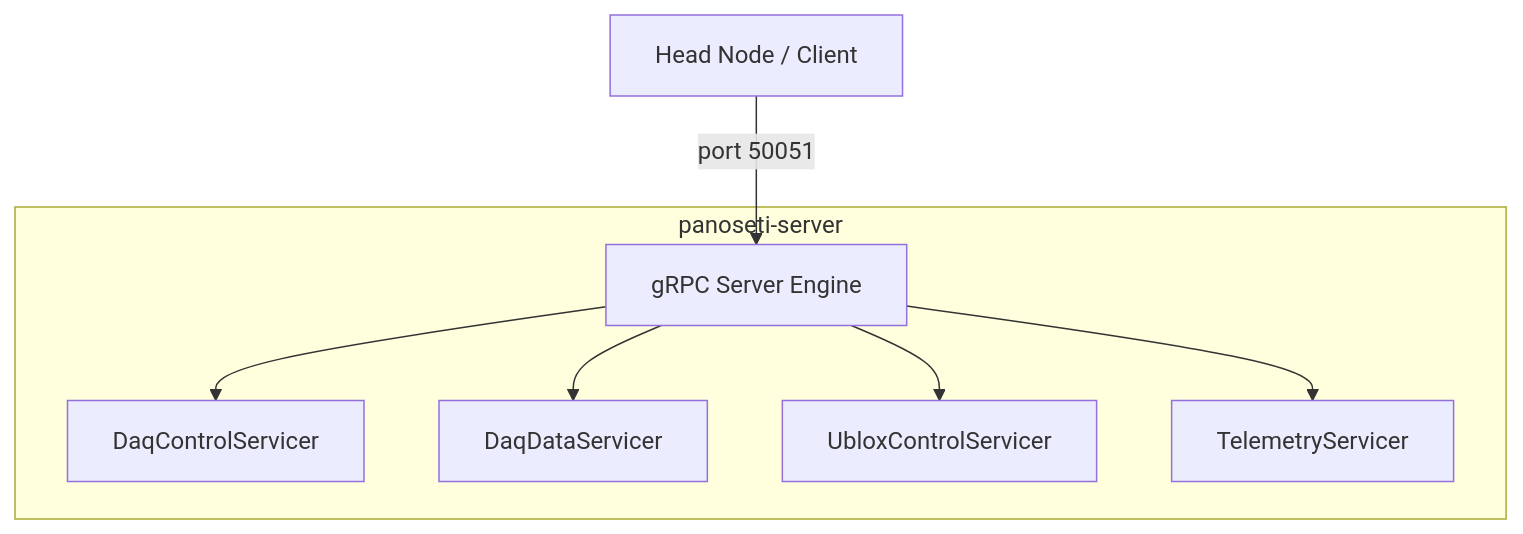
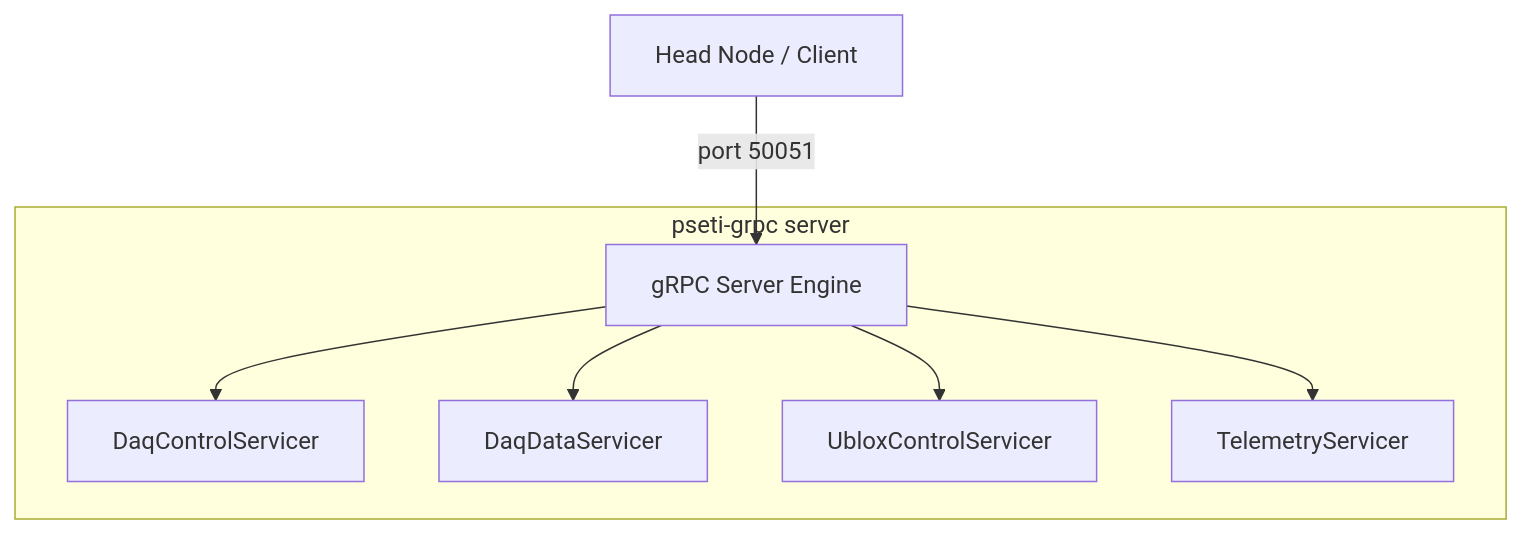
Before and after one commit to panoseti/panoseti_grpc: the diagram in docs/server.md, drawn with Mermaid. The commit also changed other lines of this file and 22 other files, not shown here.

````diff
--- a/docs/server.md
+++ b/docs/server.md
@@ -11,17 +11,17 @@
 ```mermaid
 graph TD
-    subgraph "panoseti-server"
+    subgraph "pseti-grpc server"
         S[gRPC Server Engine]
         DC[DaqControlServicer]
         DD[DaqDataServicer]
         UC[UbloxControlServicer]
         T[TelemetryServicer]
         
         S --> DC
         S --> DD
         S --> UC
         S --> T
     end
     
     C[Head Node / Client] -- port 50051 --> S
 ```
````
